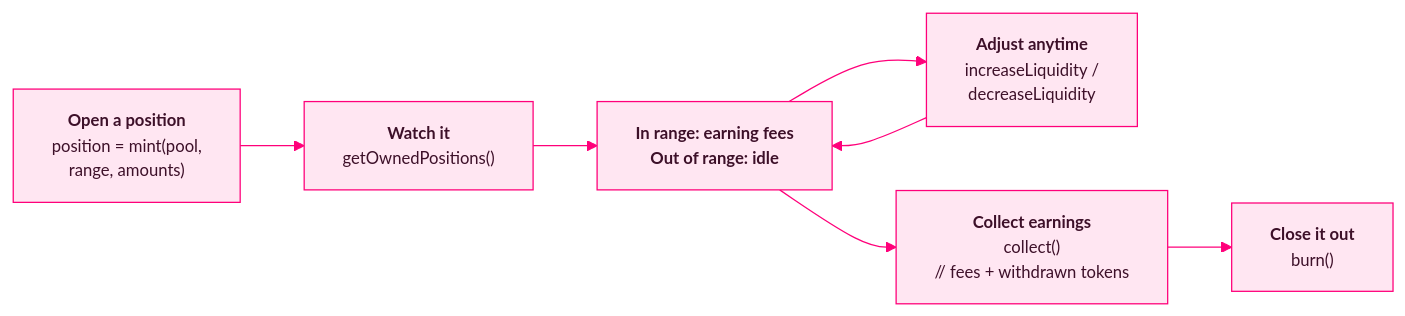
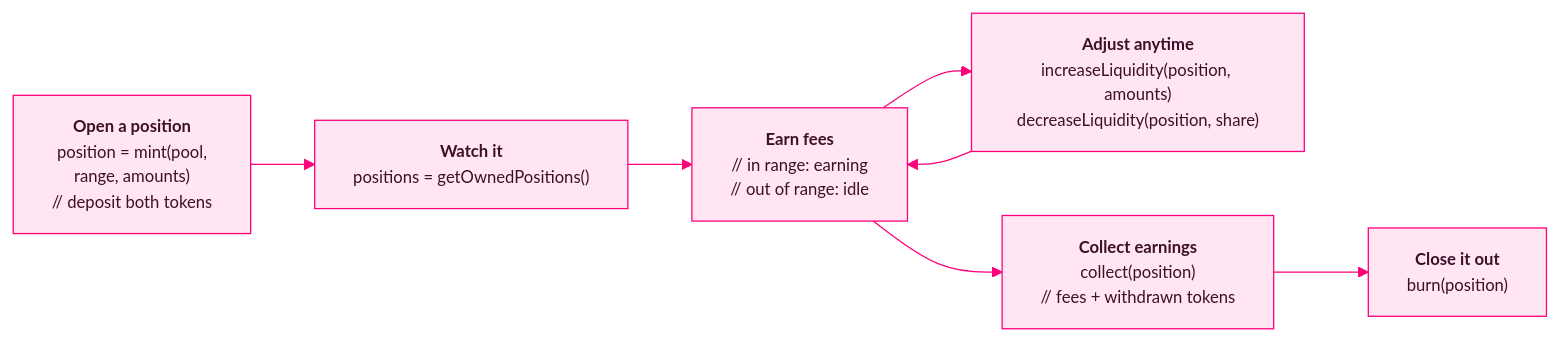
One commit to ProvableHQ/veil changed the second of 2 diagrams in README.md. Above: the diagram before and after it, drawn with Mermaid. The commit also changed other lines of this file, not shown here.

Commit message:
[Docs] Align the liquidity diagram boxes with the swap pseudo-code style

````diff
--- a/README.md
+++ b/README.md
@@ -305,18 +305,18 @@
 ```mermaid
 %%{init: {"theme": "base", "themeVariables": {
   "primaryColor": "#ffe6f2",
   "primaryTextColor": "#3d1029",
   "primaryBorderColor": "#ff007a",
   "lineColor": "#ff007a",
   "edgeLabelBackground": "#fff0f7",
   "fontSize": "13px"
 }}}%%
 flowchart LR
-  A["<b>Open a position</b><br/>position = mint(pool,<br/>range, amounts)"]
-  A --> B["<b>Watch it</b><br/>getOwnedPositions()"]
-  B --> C["<b>In range: earning fees<br/>Out of range: idle</b>"]
-  C --> D["<b>Adjust anytime</b><br/>increaseLiquidity /<br/>decreaseLiquidity"]
+  A["<b>Open a position</b><br/>position = mint(pool,<br/>range, amounts)<br/>// deposit both tokens"]
+  A --> B["<b>Watch it</b><br/>positions = getOwnedPositions()"]
+  B --> C["<b>Earn fees</b><br/>// in range: earning<br/>// out of range: idle"]
+  C --> D["<b>Adjust anytime</b><br/>increaseLiquidity(position, amounts)<br/>decreaseLiquidity(position, share)"]
   D --> C
-  C --> E["<b>Collect earnings</b><br/>collect()<br/>// fees + withdrawn tokens"]
-  E --> F["<b>Close it out</b><br/>burn()"]
+  C --> E["<b>Collect earnings</b><br/>collect(position)<br/>// fees + withdrawn tokens"]
+  E --> F["<b>Close it out</b><br/>burn(position)"]
 ```
````
